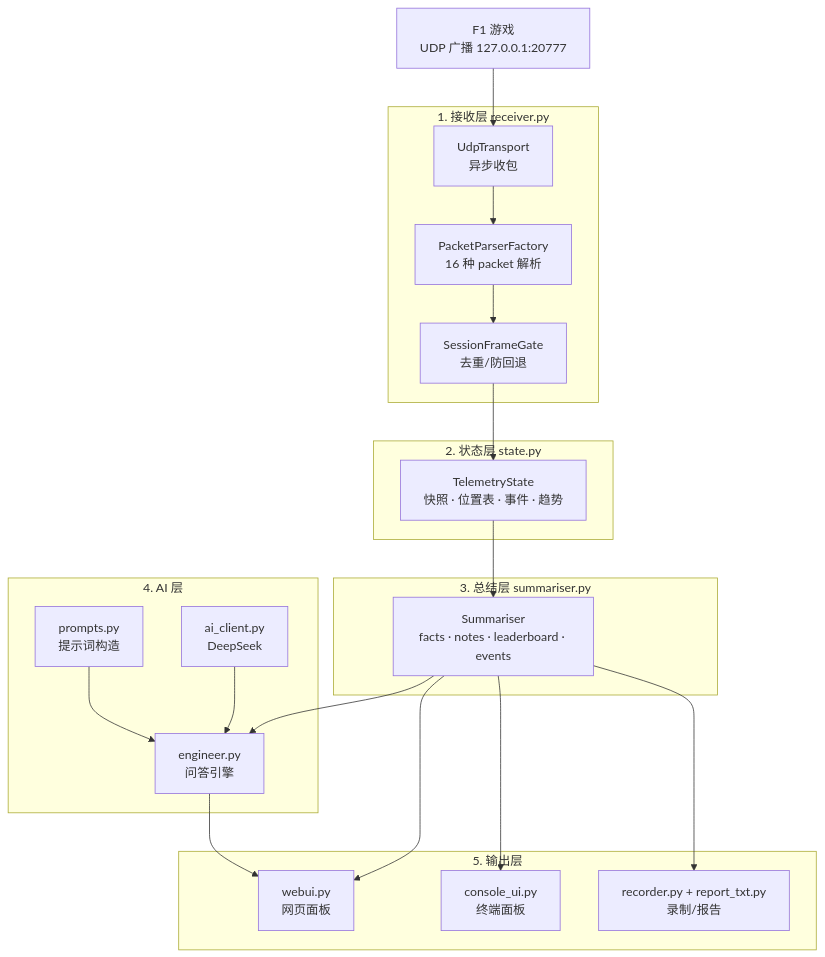
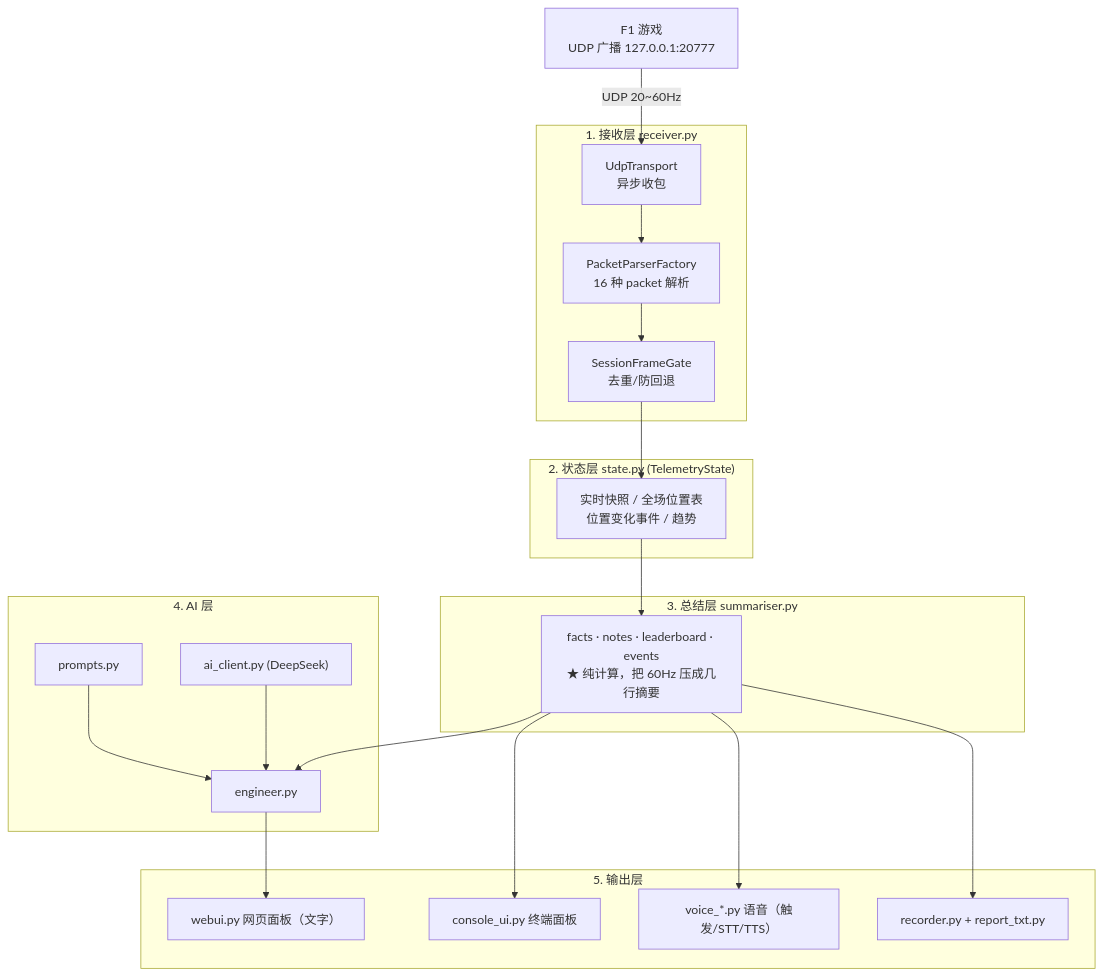
One commit to cewtoad/FI changed the diagram in README.md. Above: the diagram before and after it, drawn with Mermaid. The commit also changed other lines of this file, not shown here.

Commit message:
docs: rewrite README with features, voice setup, and updated architecture

````diff
--- a/README.md
+++ b/README.md
@@ -92,39 +121,42 @@
 ```mermaid
 flowchart TD
     GAME["F1 游戏<br/>UDP 广播 127.0.0.1:20777"]
 
     subgraph L1["1. 接收层 receiver.py"]
         UDP["UdpTransport<br/>异步收包"]
         PARSE["PacketParserFactory<br/>16 种 packet 解析"]
         GATE["SessionFrameGate<br/>去重/防回退"]
+        UDP --> PARSE --> GATE
     end
 
-    subgraph L2["2. 状态层 state.py"]
-        STATE["TelemetryState<br/>快照 · 位置表 · 事件 · 趋势"]
+    subgraph L2["2. 状态层 state.py (TelemetryState)"]
+        SNAP["实时快照 / 全场位置表<br/>位置变化事件 / 趋势"]
     end
 
     subgraph L3["3. 总结层 summariser.py"]
-        SUM["Summariser<br/>facts · notes · leaderboard · events"]
+        SUM["facts · notes · leaderboard · events<br/>★ 纯计算，把 60Hz 压成几行摘要"]
     end
 
     subgraph L4["4. AI 层"]
-        PROMPT["prompts.py<br/>提示词构造"]
-        CLIENT["ai_client.py<br/>DeepSeek"]
-        ENG["engineer.py<br/>问答引擎"]
+        PROMPT["prompts.py"]
+        CLIENT["ai_client.py (DeepSeek)"]
+        ENG["engineer.py"]
     end
 
     subgraph L5["5. 输出层"]
-        WEB["webui.py<br/>网页面板"]
-        CONSOLE["console_ui.py<br/>终端面板"]
-        REC["recorder.py + report_txt.py<br/>录制/报告"]
+        WEB["webui.py 网页面板（文字）"]
+        CONSOLE["console_ui.py 终端面板"]
+        VOICE["voice_*.py 语音（触发/STT/TTS）"]
+        REC["recorder.py + report_txt.py"]
     end
 
-    GAME --> UDP --> PARSE --> GATE --> STATE --> SUM
+    GAME -->|"UDP 20~60Hz"| UDP
+    GATE --> SNAP --> SUM
     SUM --> ENG
     PROMPT --> ENG
     CLIENT --> ENG
     ENG --> WEB
-    SUM --> WEB
     SUM --> CONSOLE
+    SUM --> VOICE
     SUM --> REC
 ```
````
